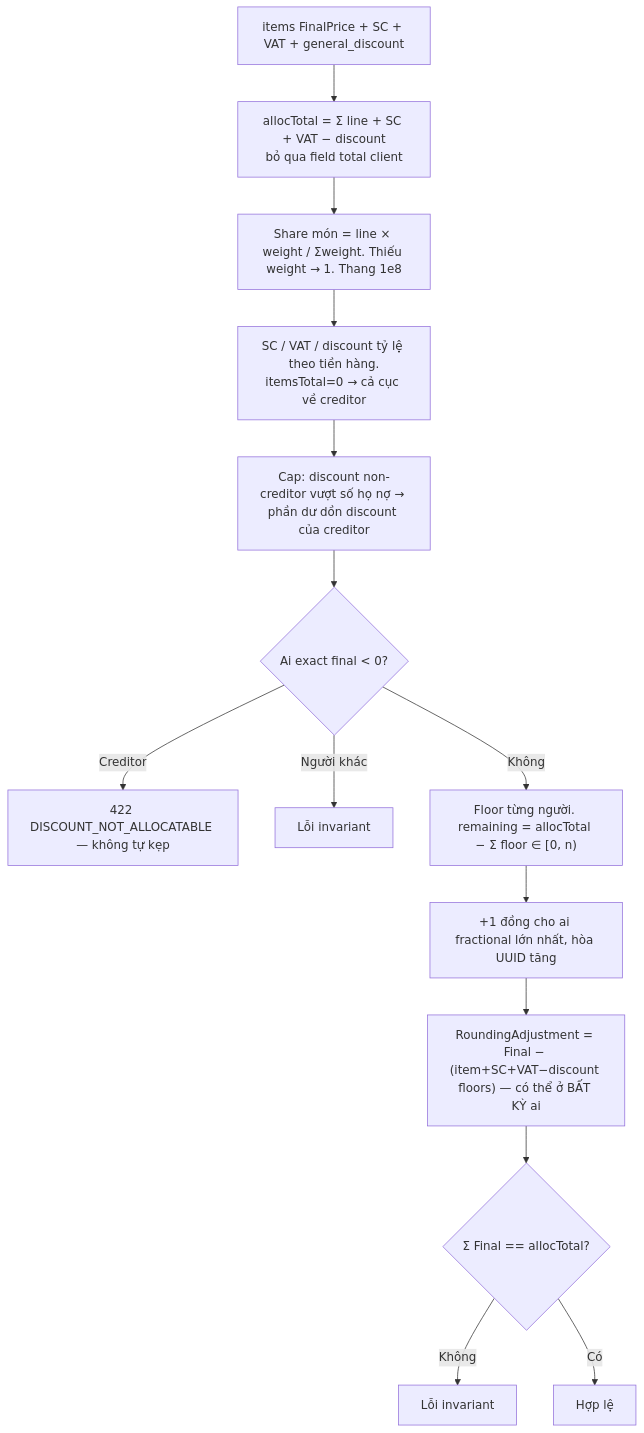
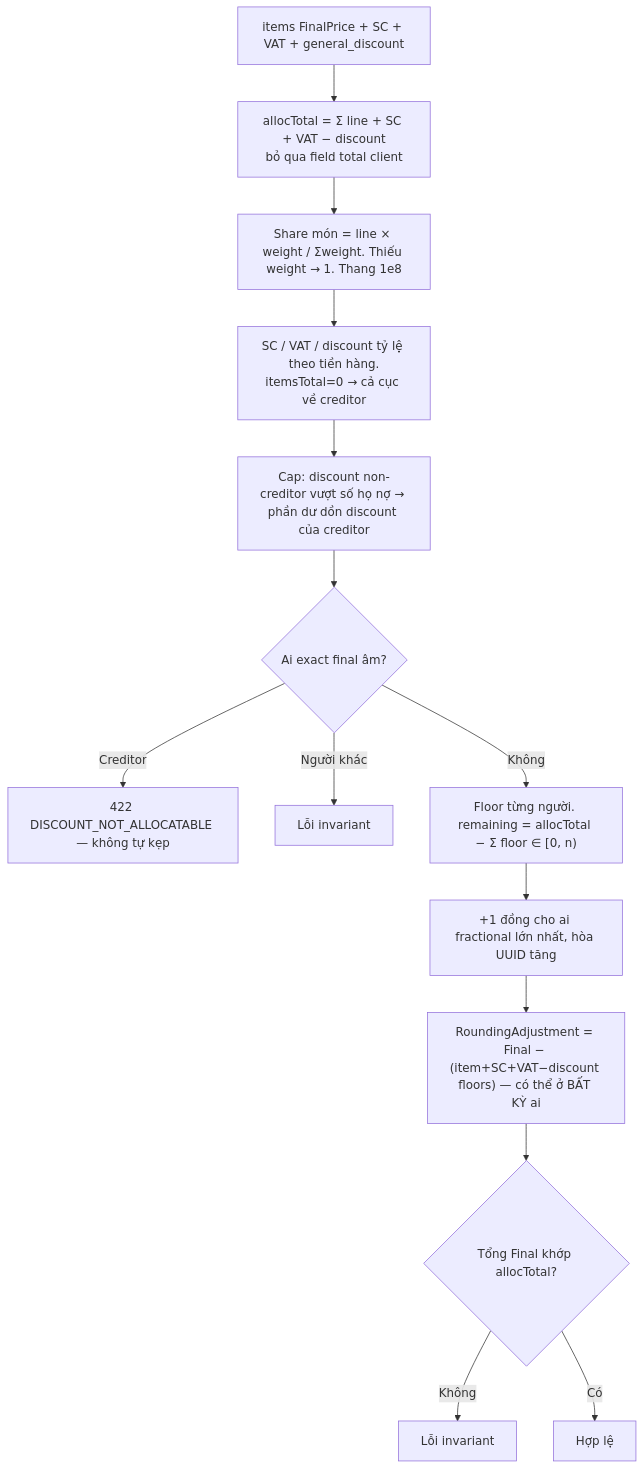
One commit to FintechVSF-Tranning/PaySplit-RP changed the second of 9 diagrams in flow/03-bill.md. Above: the diagram before and after it, drawn with Mermaid. The commit also changed other lines of this file and 7 other files, not shown here.

First line of the commit message:
Refactor notification flow and admin management documentation

````diff
--- a/flow/03-bill.md
+++ b/flow/03-bill.md
@@ -75,16 +85,16 @@
 ```mermaid
 flowchart TD
     A["items FinalPrice + SC + VAT + general_discount"] --> B["allocTotal = Σ line + SC + VAT − discount<br/>bỏ qua field total client"]
     B --> C["Share món = line × weight / Σweight. Thiếu weight → 1. Thang 1e8"]
     C --> D["SC / VAT / discount tỷ lệ theo tiền hàng.<br/>itemsTotal=0 → cả cục về creditor"]
     D --> E["Cap: discount non-creditor vượt số họ nợ → phần dư dồn discount của creditor"]
-    E --> F{"Ai exact final < 0?"}
+    E --> F{"Ai exact final âm?"}
     F -->|"Creditor"| G["422 DISCOUNT_NOT_ALLOCATABLE — không tự kẹp"]
     F -->|"Người khác"| H["Lỗi invariant"]
     F -->|"Không"| I["Floor từng người. remaining = allocTotal − Σ floor ∈ [0, n)"]
     I --> J["+1 đồng cho ai fractional lớn nhất, hòa UUID tăng"]
     J --> K["RoundingAdjustment = Final − (item+SC+VAT−discount floors) — có thể ở BẤT KỲ ai"]
-    K --> L{"Σ Final == allocTotal?"}
+    K --> L{"Tổng Final khớp allocTotal?"}
     L -->|"Không"| M["Lỗi invariant"]
     L -->|"Có"| N["Hợp lệ"]
 ```
````
